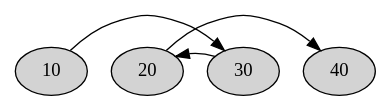
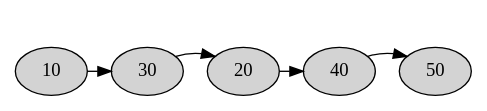
Before and after one commit to timoko3/list: the diagram in graphDump.dot, drawn with Graphviz. The commit also changed 3 other files, not shown here.

Commit message:
graphDumpVar1

```diff
--- a/graphDump.dot
+++ b/graphDump.dot
@@ -1,14 +1,15 @@
 digraph G {
 	node [shape=ellipse, style=filled, fillcolor="lightgray"];
 
 	node1 [label="10"];
+	node2 [label="30"];
 	node3 [label="20"];
-	node2 [label="30"];
 	node4 [label="40"];
+	node5 [label="50"];
 
-	{ rank=same; node1; node3; node2; node4; }
+	{ rank=same; node1; node3; node2; node4; node5; }
 
-	node1 -> node3 -> node2 -> node4 [style = invis];
+	node1 -> node3 -> node2 -> node4 -> node5 [style = invis];
 
-	node1 -> node2 -> node3 -> node4;
+	node1 -> node2 -> node3 -> node4 -> node5;
 }
```
